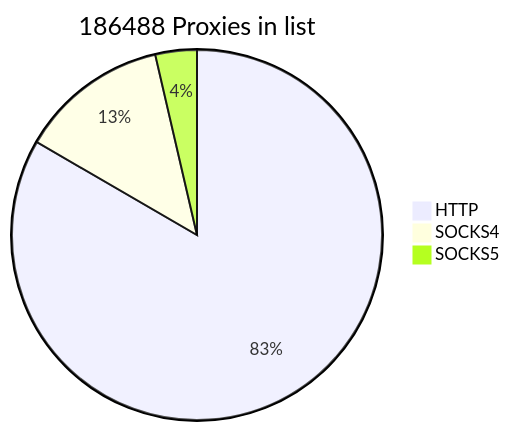
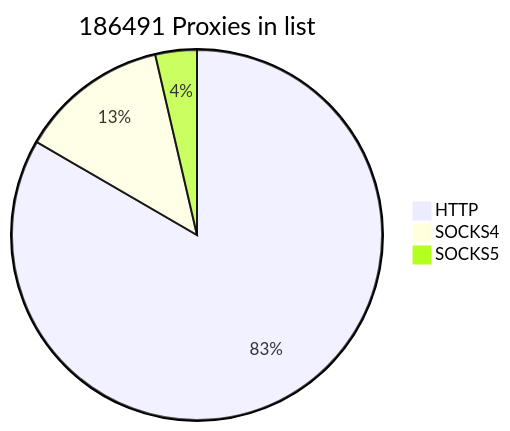
One commit to cutipu/proxylist changed the first of 2 diagrams in README.md. Above: the diagram before and after it, drawn with Mermaid. The commit also changed other lines of this file, not shown here.

````diff
--- a/README.md
+++ b/README.md
@@ -2,7 +2,7 @@
 ```mermaid
-pie title 186488 Proxies in list
+pie title 186491 Proxies in list
     "HTTP" : 155460
     "SOCKS4" : 24269
-    "SOCKS5" : 6759
+    "SOCKS5" : 6762
             
 ```
````
